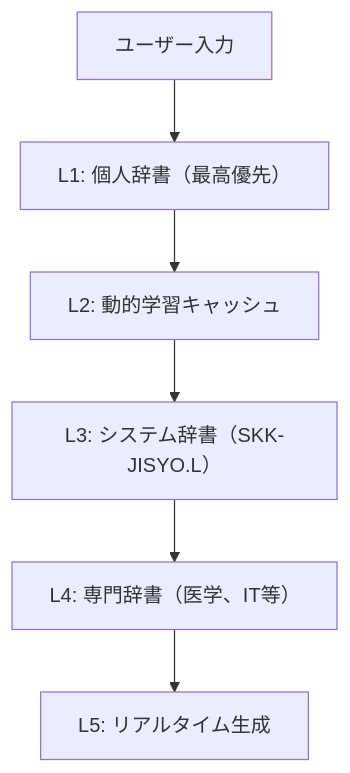
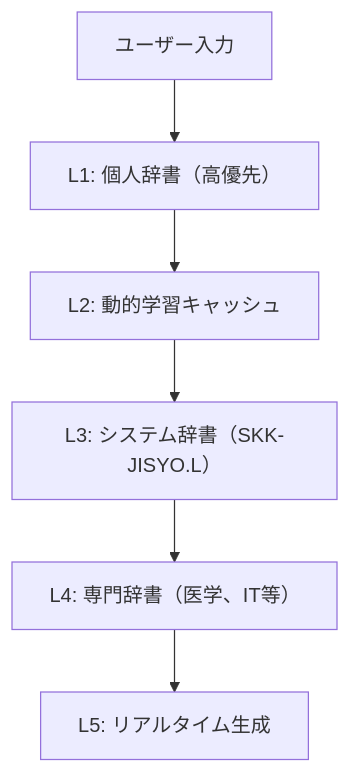
One commit to takeokunn/nskk.el changed the first of 4 diagrams in docs/tutorial/getting-started.md. Above: the diagram before and after it, drawn with Mermaid. The commit also changed other lines of this file and 8 other files, not shown here.

````diff
--- a/docs/tutorial/getting-started.md
+++ b/docs/tutorial/getting-started.md
@@ -78,8 +78,8 @@
 ```mermaid
 graph TD
-    A["ユーザー入力"] --> B["L1: 個人辞書（最高優先）"]
+    A["ユーザー入力"] --> B["L1: 個人辞書（高優先）"]
     B --> C["L2: 動的学習キャッシュ"]
     C --> D["L3: システム辞書（SKK-JISYO.L）"]
     D --> E["L4: 専門辞書（医学、IT等）"]
     E --> F["L5: リアルタイム生成"]
 ```
````
